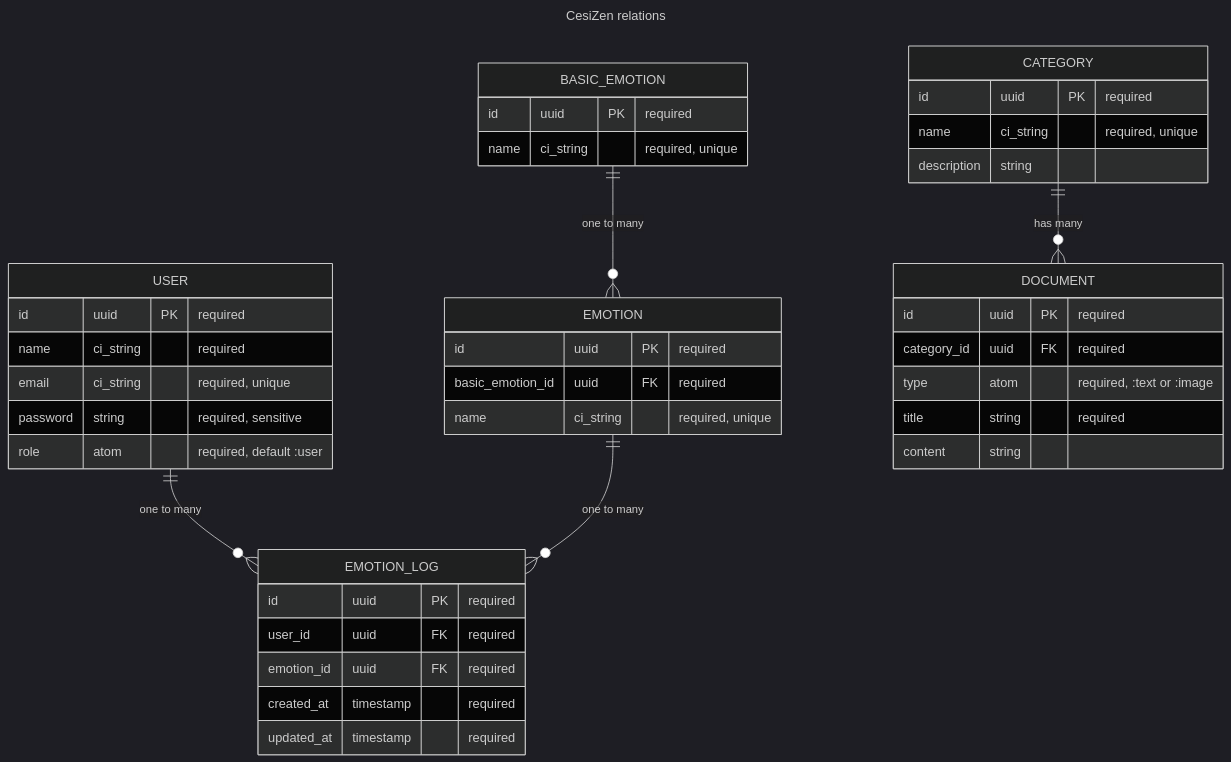
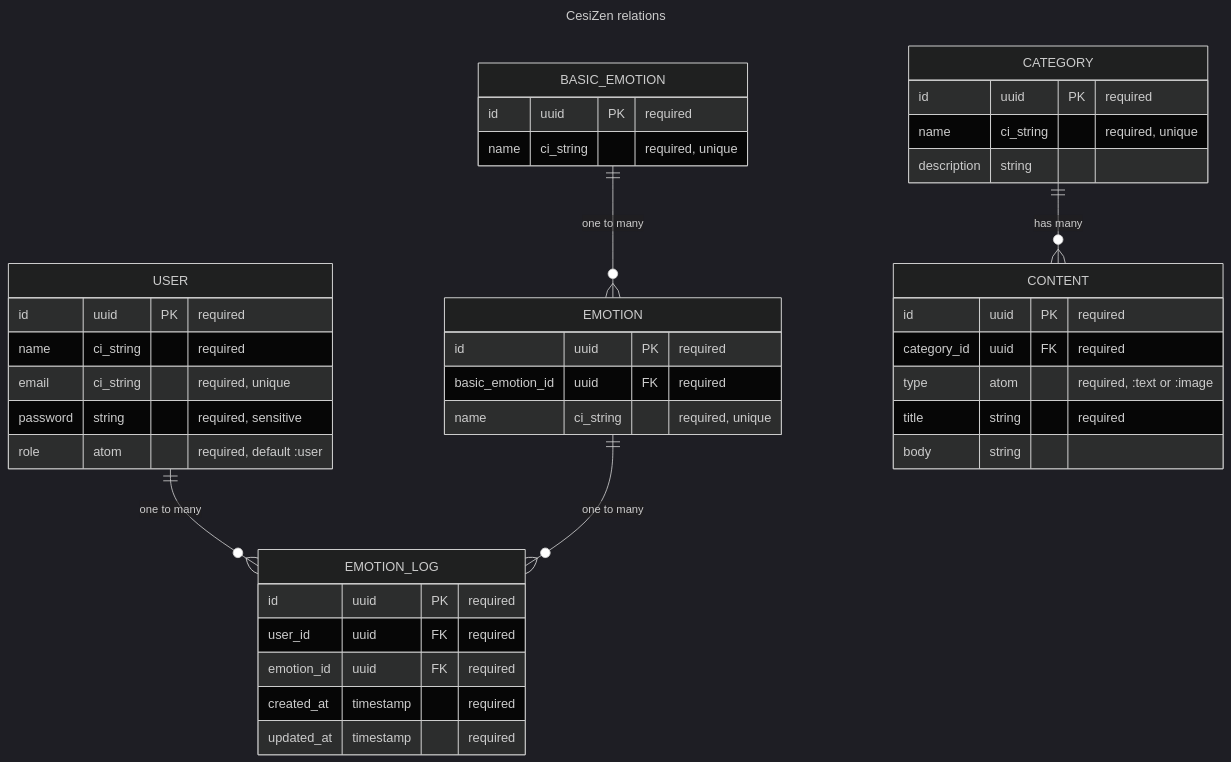
One commit to gcugnet/cesizen changed the diagram in README.md. Above: the diagram before and after it, drawn with Mermaid (dark theme). The commit also changed 1 other file, not shown here.

Commit message:
chore: rename Information.'Document' to 'Content'
Refs: #6

````diff
--- a/README.md
+++ b/README.md
@@ -57,47 +57,47 @@
 ```mermaid
 ---
 title: CesiZen relations
 ---
 
 erDiagram
     USER ||--o{ EMOTION_LOG : "one to many"
     EMOTION ||--o{ EMOTION_LOG : "one to many"
     BASIC_EMOTION ||--o{ EMOTION : "one to many"
-    CATEGORY ||--o{ DOCUMENT : "has many"
+    CATEGORY ||--o{ CONTENT : "has many"
     USER {
         id uuid PK "required"
         name ci_string "required"
         email ci_string "required, unique"
         password string "required, sensitive"
         role atom "required, default :user"
     }
     BASIC_EMOTION {
         id uuid PK "required"
         name ci_string "required, unique"
     }
     EMOTION {
         id uuid PK "required"
         basic_emotion_id uuid FK "required"
         name ci_string "required, unique"
     }
     EMOTION_LOG {
         id uuid PK "required"
         user_id uuid FK "required"
         emotion_id uuid FK "required"
         created_at timestamp "required"
         updated_at timestamp "required"
     }
     CATEGORY {
         id uuid PK "required"
         name ci_string "required, unique"
         description string
     }
-    DOCUMENT {
+    CONTENT {
         id uuid PK "required"
         category_id uuid FK "required"
         type atom "required, :text or :image"
         title string "required"
-        content string
+        body string
     }
 
 ```
````
